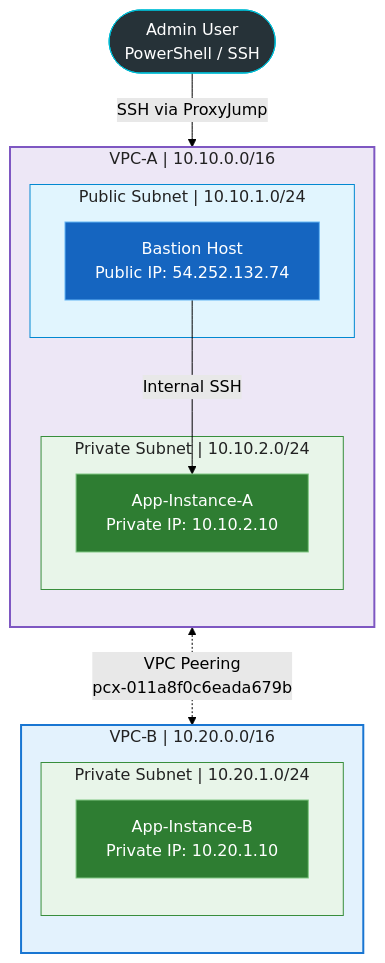
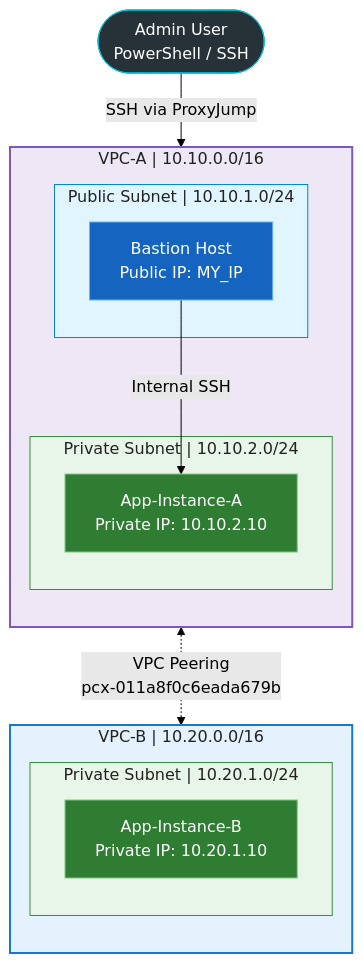
The diagram in architecture/vpc-peering-architecture.mmd (Aditya70-creator/AWS-VPC-Peering-Projec), drawn with Mermaid (forest theme) before and after one commit.

Commit message:
Update VPC peering architecture diagram

```diff
--- a/architecture/vpc-peering-architecture.mmd
+++ b/architecture/vpc-peering-architecture.mmd
@@ -1,42 +1,42 @@
 flowchart TB
     Admin(["Admin User<br/>PowerShell / SSH"])
 
     subgraph VPC_A["VPC-A | 10.10.0.0/16"]
         direction TB
 
         subgraph PUBLIC["Public Subnet | 10.10.1.0/24"]
-            Bastion["Bastion Host<br/>Public IP: 54.252.132.74"]
+            Bastion["Bastion Host<br/>Public IP: MY_IP"]
         end
 
         subgraph PRIVATE_A["Private Subnet | 10.10.2.0/24"]
             AppA["App-Instance-A<br/>Private IP: 10.10.2.10"]
         end
 
         Bastion -->|"Internal SSH"| AppA
     end
 
     subgraph VPC_B["VPC-B | 10.20.0.0/16"]
         direction TB
 
         subgraph PRIVATE_B["Private Subnet | 10.20.1.0/24"]
             AppB["App-Instance-B<br/>Private IP: 10.20.1.10"]
         end
     end
 
     Admin -->|"SSH via ProxyJump"| Bastion
 
     AppA <-.->|"VPC Peering<br/>pcx-011a8f0c6eada679b"| AppB
 
     classDef admin fill:#263238,stroke:#00BCD4,color:#fff
     classDef bastion fill:#1565C0,stroke:#64B5F6,color:#fff
     classDef instance fill:#2E7D32,stroke:#81C784,color:#fff
 
     class Admin admin
     class Bastion bastion
     class AppA,AppB instance
 
     style VPC_A fill:#EDE7F6,stroke:#7E57C2,stroke-width:2px,color:#222
     style VPC_B fill:#E3F2FD,stroke:#1976D2,stroke-width:2px,color:#222
     style PUBLIC fill:#E1F5FE,stroke:#0288D1,color:#222
     style PRIVATE_A fill:#E8F5E9,stroke:#388E3C,color:#222
     style PRIVATE_B fill:#E8F5E9,stroke:#388E3C,color:#222
```
